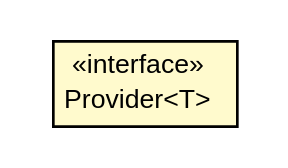
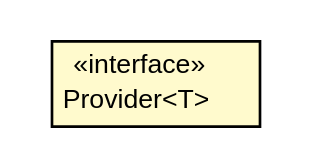
The diagram in 0.3.0-SNAPSHOT/javadoc/apidocs/io/reinert/requestor/Provider.dot (reinert/requestor), drawn with Graphviz before and after one commit. The commit also changed 1943 other files, not shown here.

```diff
--- a/0.3.0-SNAPSHOT/javadoc/apidocs/io/reinert/requestor/Provider.dot
+++ b/0.3.0-SNAPSHOT/javadoc/apidocs/io/reinert/requestor/Provider.dot
@@ -1,20 +1,19 @@
 #!/usr/local/bin/dot
 #
 # Class diagram 
 # Generated by UMLGraph version R5_6-24-gf6e263 (http://www.umlgraph.org/)
 #
 
 digraph G {
-	edge [fontname="arial",fontsize=10,labelfontname="arial",labelfontsize=10];
-	node [fontname="arial",fontsize=10,shape=plaintext];
+	edge [fontname="Helvetica",fontsize=10,labelfontname="Helvetica",labelfontsize=10];
+	node [fontname="Helvetica",fontsize=10,shape=plaintext];
 	nodesep=0.25;
 	ranksep=0.5;
-	rankdir=LR;
 	// io.reinert.requestor.Provider<T>
-	c9915 [label=<<table title="io.reinert.requestor.Provider" border="0" cellborder="1" cellspacing="0" cellpadding="2" port="p" bgcolor="lemonChiffon" href="./Provider.html">
+	c22421 [label=<<table title="io.reinert.requestor.Provider" border="0" cellborder="1" cellspacing="0" cellpadding="2" port="p" bgcolor="lemonChiffon" href="./Provider.html">
 		<tr><td><table border="0" cellspacing="0" cellpadding="1">
 <tr><td align="center" balign="center"> &#171;interface&#187; </td></tr>
 <tr><td align="center" balign="center"> Provider&lt;T&gt; </td></tr>
 		</table></td></tr>
-		</table>>, URL="./Provider.html", fontname="arial", fontcolor="black", fontsize=10.0];
+		</table>>, URL="./Provider.html", fontname="Helvetica", fontcolor="black", fontsize=10.0];
 }
```
